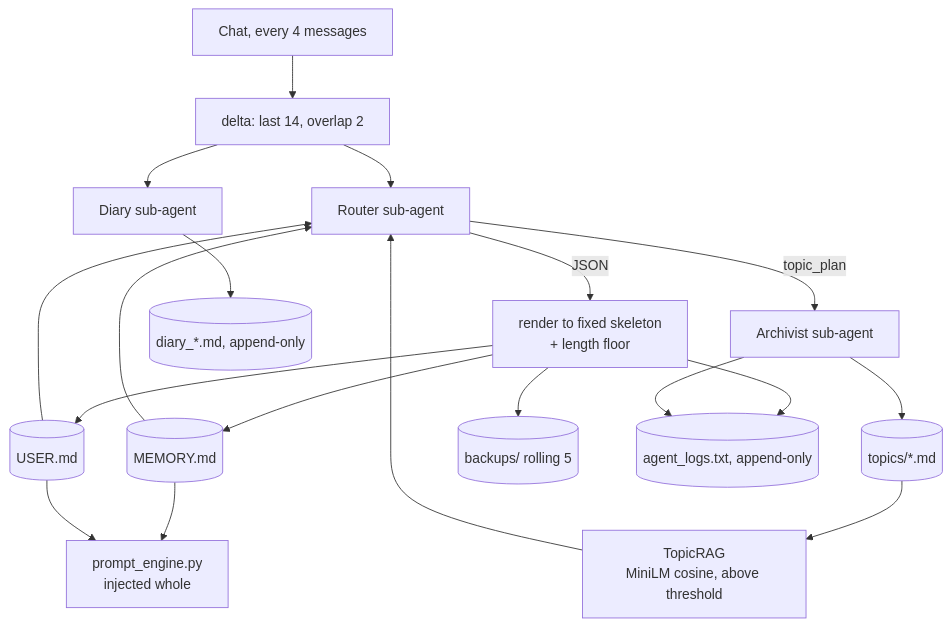
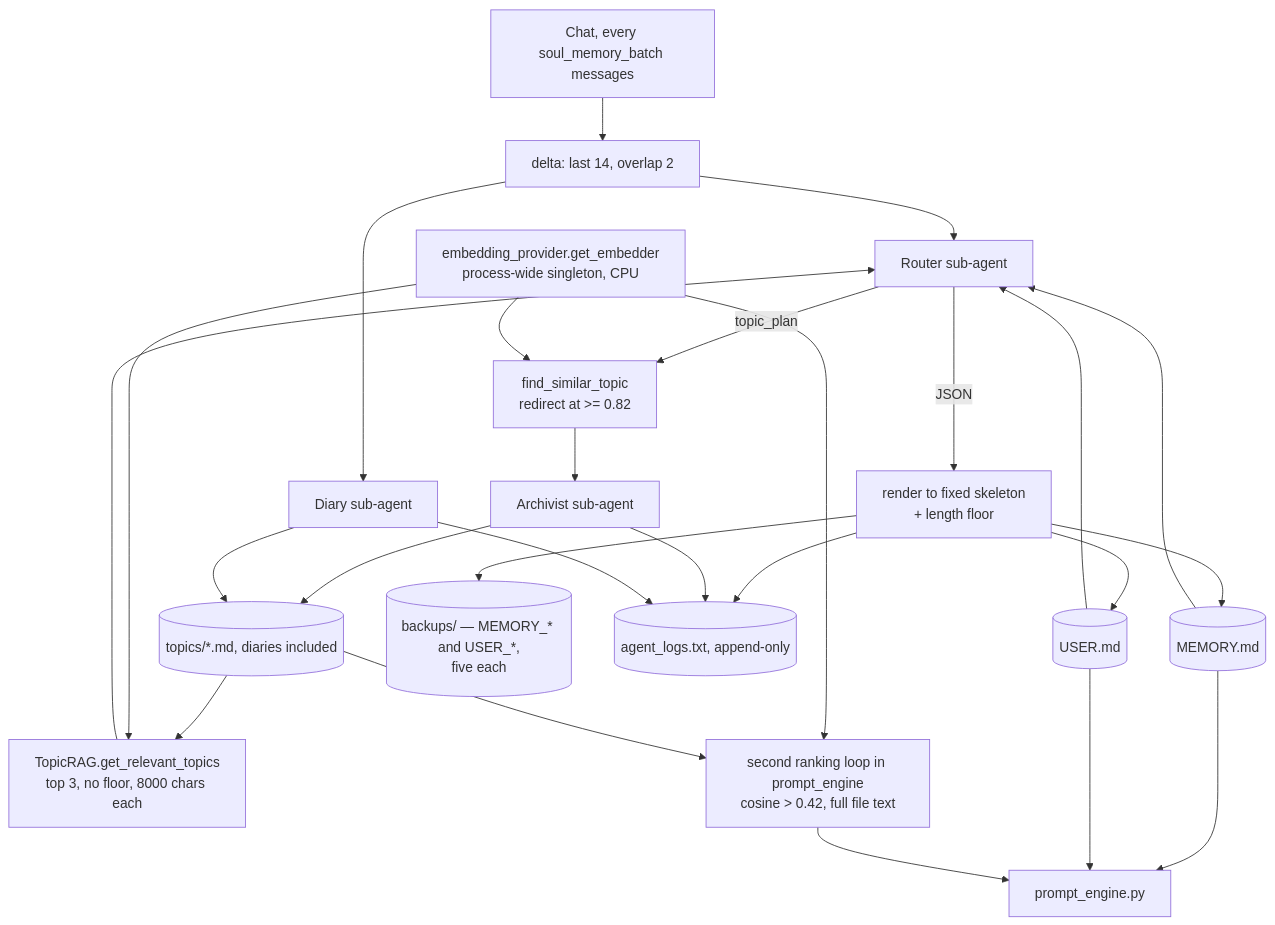
The second of 2 diagrams in content/systems/soul-of-waifu.md (neoneye/agent-memory-atlas), drawn with Mermaid before and after one commit. The commit also changed other lines of this file and 14 other files, not shown here.

First line of the commit message:
Soul of Waifu re-pinned at 747048b: the dedup redirect reassigns the filename two guards just checked, and the diary is in range

````diff
--- a/content/systems/soul-of-waifu.md
+++ b/content/systems/soul-of-waifu.md
@@ -117,20 +153,27 @@
 ```mermaid
-%% caption: the router reads the index, the user file, RAG-selected topics and the delta, and three sub-agents write to different files with the backups rolling underneath
+%% caption: one shared embedder serves two separately written retrieval paths, and the model it loads is named by a path that is not in the repository
 flowchart TB
-    C[Chat, every 4 messages] --> D[delta: last 14, overlap 2]
-    T[(topics/*.md)] --> RAG[TopicRAG<br/>MiniLM cosine, above threshold]
+    C[Chat, every soul_memory_batch messages] --> D[delta: last 14, overlap 2]
+    T[("topics/*.md, diaries included")] --> RAG["TopicRAG.get_relevant_topics<br/>top 3, no floor, 8000 chars each"]
     RAG --> R
     IDX[(MEMORY.md)] --> R[Router sub-agent]
     USR[(USER.md)] --> R
     D --> R
     R -->|JSON| REN[render to fixed skeleton<br/>+ length floor]
-    REN --> BK[(backups/ rolling 5)]
+    REN --> BK[("backups/ — MEMORY_* and USER_*,<br/>five each")]
     REN --> IDX
     REN --> USR
-    R -->|topic_plan| ARC[Archivist sub-agent] --> T
-    D --> DIA[Diary sub-agent] --> DY[(diary_*.md, append-only)]
-    REN --> LOG[(agent_logs.txt, append-only)]
+    R -->|topic_plan| DD["find_similar_topic<br/>redirect at >= 0.82"]
+    DD --> ARC[Archivist sub-agent] --> T
+    D --> DIA[Diary sub-agent] --> T
+    REN --> LOG[("agent_logs.txt, append-only")]
     ARC --> LOG
-    IDX --> PE[prompt_engine.py<br/>injected whole]
+    DIA --> LOG
+    EMB["embedding_provider.get_embedder<br/>process-wide singleton, CPU"] --> RAG
+    EMB --> DD
+    EMB --> PR
+    IDX --> PE[prompt_engine.py]
     USR --> PE
+    T --> PR["second ranking loop in prompt_engine<br/>cosine > 0.42, full file text"]
+    PR --> PE
 ```
````
